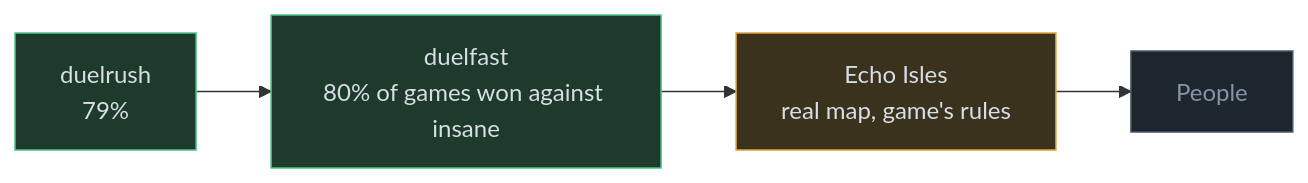
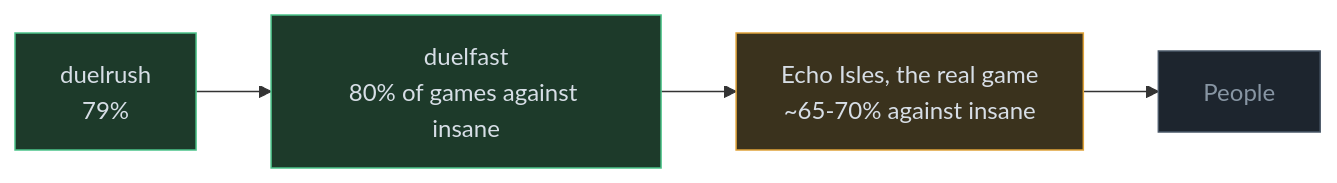
Before and after one commit to RobinKa/warcraftsim: the diagram in docs/road-to-the-real-game.md, drawn with Mermaid. The commit also changed other lines of this file and 9 other files, not shown here.

````diff
--- a/docs/road-to-the-real-game.md
+++ b/docs/road-to-the-real-game.md
@@ -5,9 +5,9 @@
 ```mermaid
 flowchart LR
-  A["duelrush<br/>79%"]:::done --> B["duelfast<br/>80% of games won against insane"]:::done
-  B --> D["Echo Isles<br/>real map, game's rules"]:::now
+  A["duelrush<br/>79%"]:::done --> B["duelfast<br/>80% of games against insane"]:::done
+  B --> D["Echo Isles, the real game<br/>~65-70% against insane"]:::now
   D --> P["People"]:::todo
   classDef done fill:#1d3a2a,stroke:#4cc38a,color:#d7dee6
   classDef now fill:#3a321d,stroke:#e0a33a,color:#d7dee6
   classDef todo fill:#1d252e,stroke:#4a5868,color:#8795a3
 ```
````
